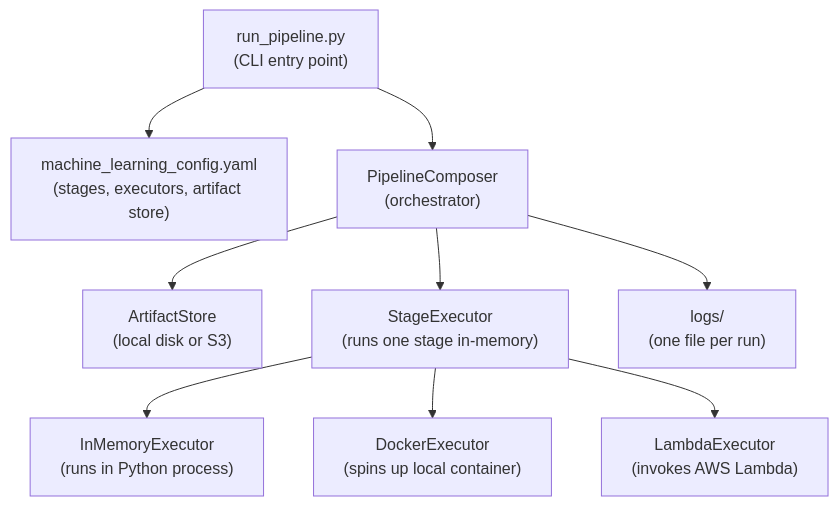
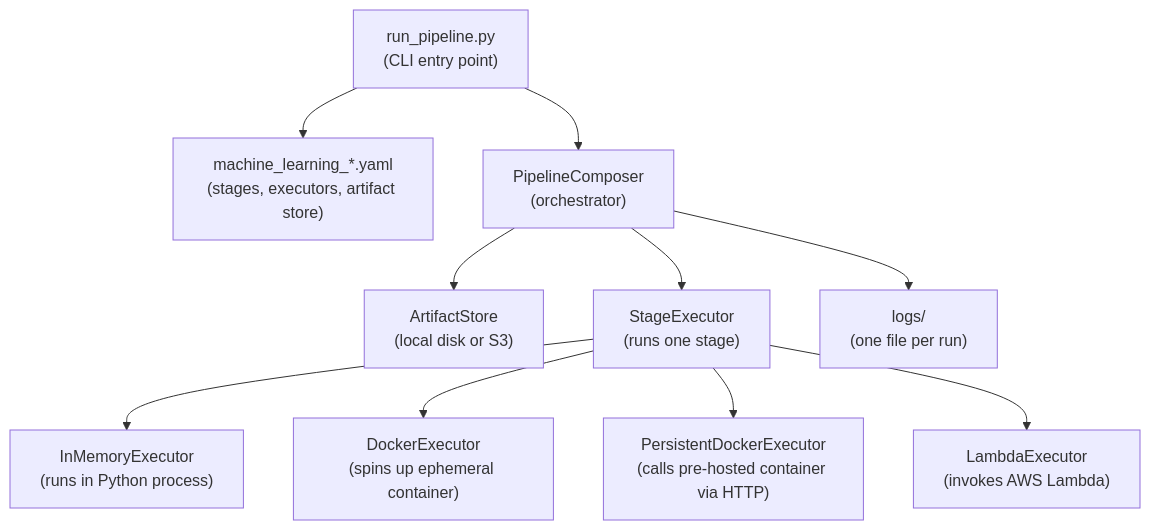
One commit to ganeshhgupta/fn_graph changed the first of 3 diagrams in fn_graph/examples/solution/README.md. Above: the diagram before and after it, drawn with Mermaid. The commit also changed other lines of this file and 6 other files, not shown here.

First line of the commit message:
docs: update all solution MD files for PersistentDockerExecutor and deploy/ refactor

````diff
--- a/fn_graph/examples/solution/README.md
+++ b/fn_graph/examples/solution/README.md
@@ -9,21 +9,23 @@
 ```mermaid
 graph TD
     CLI["run_pipeline.py\n(CLI entry point)"]
-    CFG["machine_learning_config.yaml\n(stages, executors, artifact store)"]
+    CFG["machine_learning_*.yaml\n(stages, executors, artifact store)"]
     ORC["PipelineComposer\n(orchestrator)"]
     ART["ArtifactStore\n(local disk or S3)"]
-    SA["StageExecutor\n(runs one stage in-memory)"]
+    SA["StageExecutor\n(runs one stage)"]
     MEM["InMemoryExecutor\n(runs in Python process)"]
-    DOC["DockerExecutor\n(spins up local container)"]
+    DOC["DockerExecutor\n(spins up ephemeral container)"]
+    PDE["PersistentDockerExecutor\n(calls pre-hosted container via HTTP)"]
     LAM["LambdaExecutor\n(invokes AWS Lambda)"]
     LOG["logs/\n(one file per run)"]
 
     CLI --> CFG
     CLI --> ORC
     ORC --> ART
     ORC --> SA
     SA --> MEM
     SA --> DOC
+    SA --> PDE
     SA --> LAM
     ORC --> LOG
 ```
````
